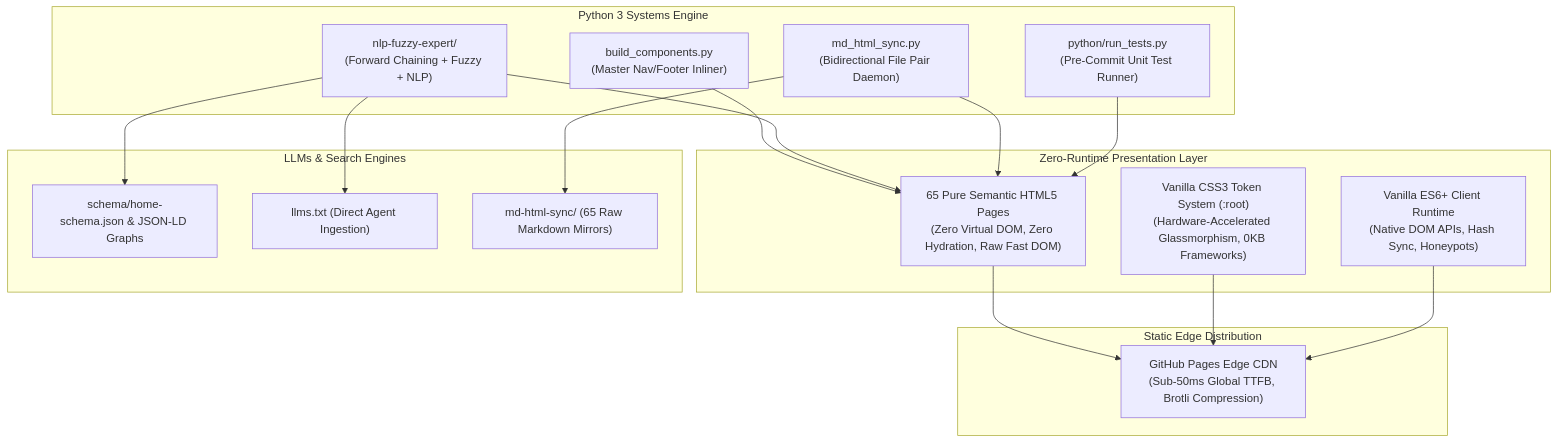
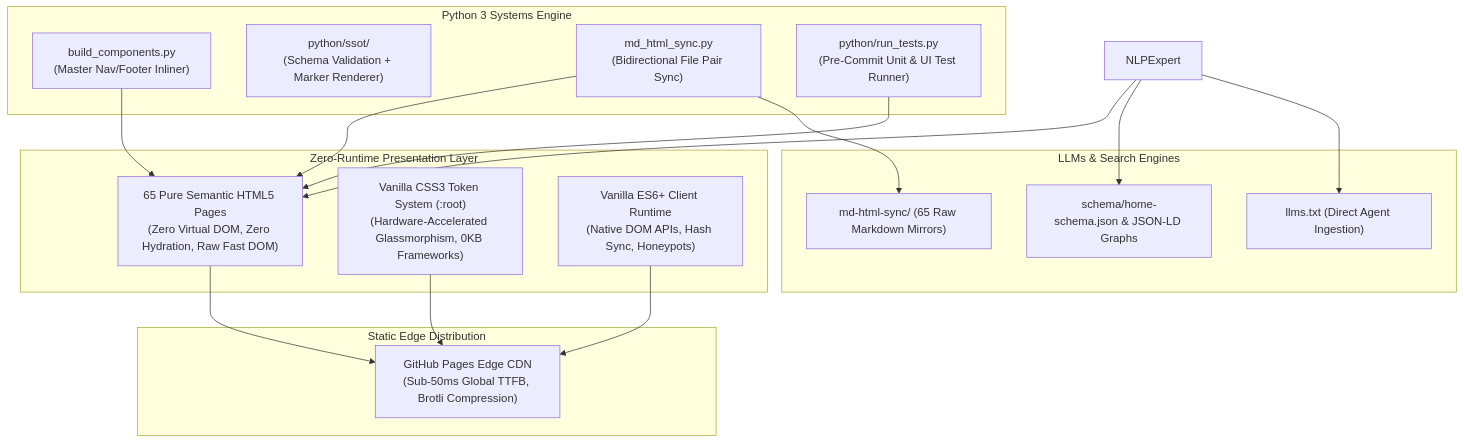
Before and after one commit to thomascherickal/thomascherickal.github.io: the first of 3 diagrams in TECH-STACK.md, drawn with Mermaid. The commit also changed other lines of this file and 143 other files, not shown here.

Commit message:
SSOT Sync system finished

````diff
--- a/TECH-STACK.md
+++ b/TECH-STACK.md
@@ -30,36 +30,36 @@
 ```mermaid
 graph TD
   subgraph Client Browser [Zero-Runtime Presentation Layer]
     HTML["65 Pure Semantic HTML5 Pages<br/>(Zero Virtual DOM, Zero Hydration, Raw Fast DOM)"]
     CSS["Vanilla CSS3 Token System (:root)<br/>(Hardware-Accelerated Glassmorphism, 0KB Frameworks)"]
     JS["Vanilla ES6+ Client Runtime<br/>(Native DOM APIs, Hash Sync, Honeypots)"]
   end
 
   subgraph Server & Edge CDN [Static Edge Distribution]
     CDN["GitHub Pages Edge CDN<br/>(Sub-50ms Global TTFB, Brotli Compression)"]
   end
 
   subgraph Automation Pipeline [Python 3 Systems Engine]
     Build["build_components.py<br/>(Master Nav/Footer Inliner)"]
-    NLPExpert["nlp-fuzzy-expert/<br/>(Forward Chaining + Fuzzy + NLP)"]
-    Sync["md_html_sync.py<br/>(Bidirectional File Pair Daemon)"]
-    Tests["python/run_tests.py<br/>(Pre-Commit Unit Test Runner)"]
+    SSOT["python/ssot/<br/>(Schema Validation + Marker Renderer)"]
+    Sync["md_html_sync.py<br/>(Bidirectional File Pair Sync)"]
+    Tests["python/run_tests.py<br/>(Pre-Commit Unit & UI Test Runner)"]
   end
 
   subgraph External Consumers [LLMs & Search Engines]
     LDJSON["schema/home-schema.json & JSON-LD Graphs"]
     LLMS["llms.txt (Direct Agent Ingestion)"]
     MD["md-html-sync/ (65 Raw Markdown Mirrors)"]
   end
 
   HTML --> CDN
   CSS --> CDN
   JS --> CDN
   Build --> HTML
   NLPExpert --> HTML
   NLPExpert --> LDJSON
   NLPExpert --> LLMS
   Sync --> HTML
   Sync --> MD
   Tests --> HTML
 ```
````
